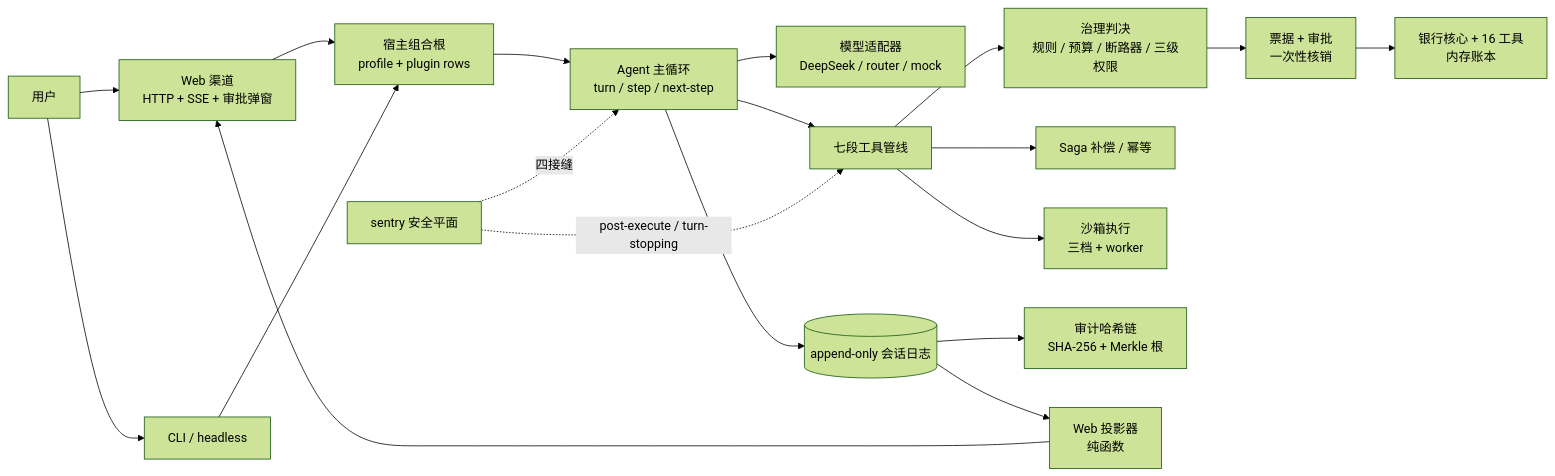
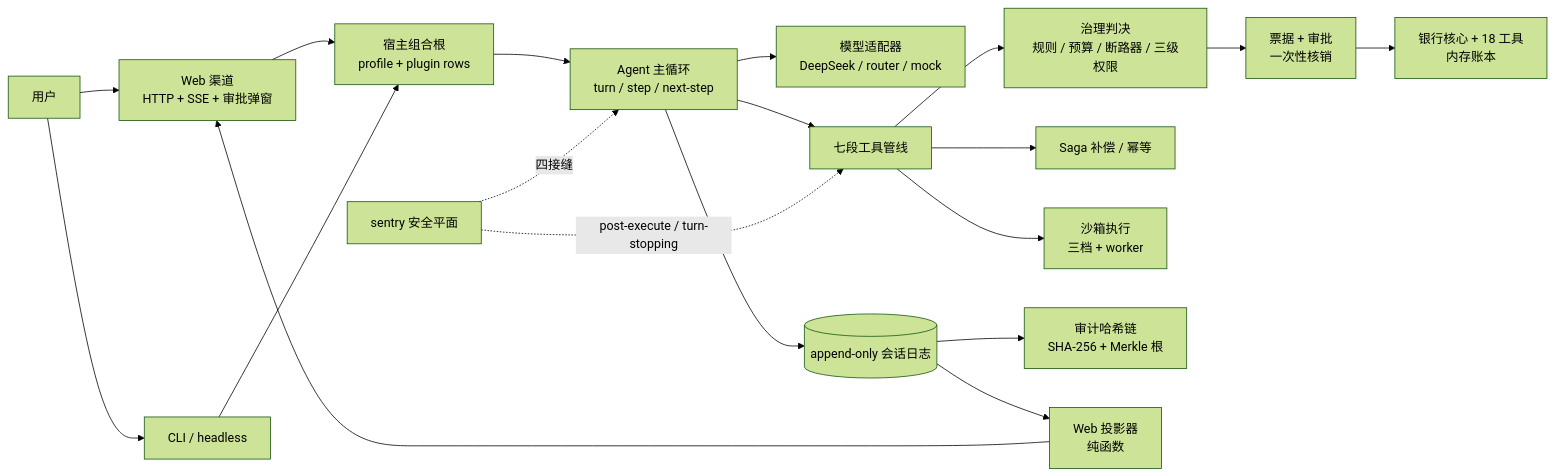
One commit to YYYPROBEE/BAH changed the diagram in README.md. Above: the diagram before and after it, drawn with Mermaid (forest theme). The commit also changed other lines of this file and 400 other files, not shown here.

````diff
--- a/README.md
+++ b/README.md
@@ -69,21 +70,21 @@
 ```mermaid
 flowchart LR
   U[用户] --> W[Web 渠道<br/>HTTP + SSE + 审批弹窗]
   U --> C[CLI / headless]
   W --> H[宿主组合根<br/>profile + plugin rows]
   C --> H
   H --> A[Agent 主循环<br/>turn / step / next-step]
   A --> L[模型适配器<br/>DeepSeek / router / mock]
   A --> P[七段工具管线]
   P --> G[治理判决<br/>规则 / 预算 / 断路器 / 三级权限]
   G --> T[票据 + 审批<br/>一次性核销]
-  T --> B[银行核心 + 16 工具<br/>内存账本]
+  T --> B[银行核心 + 18 工具<br/>内存账本]
   P --> SG[Saga 补偿 / 幂等]
   P --> SB[沙箱执行<br/>三档 + worker]
   A --> J[(append-only 会话日志)]
   J --> AU[审计哈希链<br/>SHA-256 + Merkle 根]
   J --> PR[Web 投影器<br/>纯函数]
   PR --> W
   S[sentry 安全平面] -. 四接缝 .-> A
   S -. post-execute / turn-stopping .-> P
 ```
````
